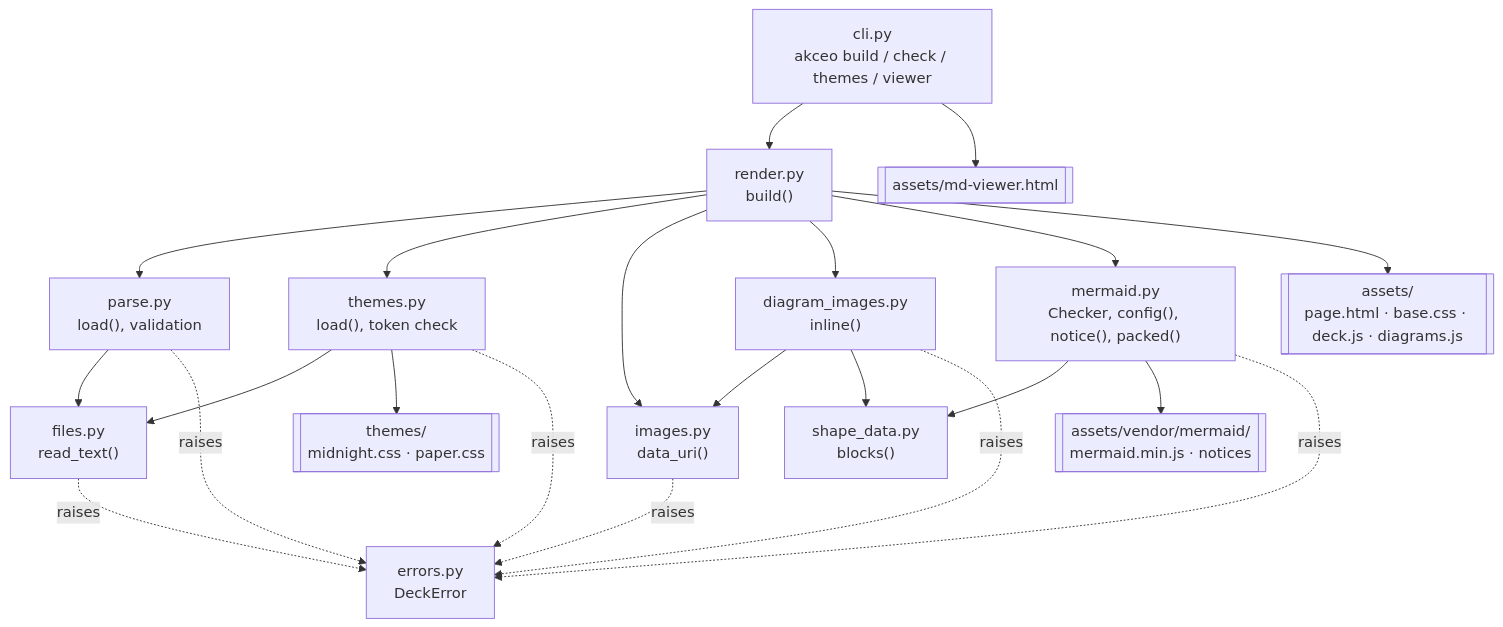
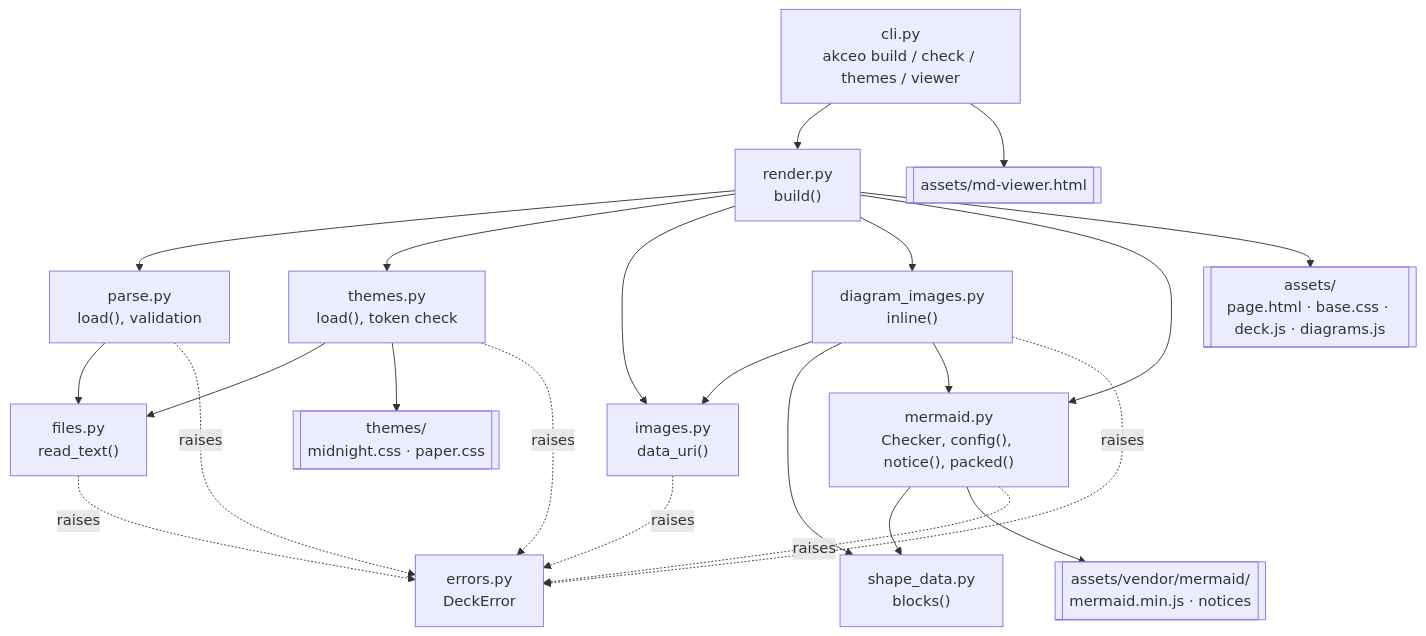
One commit to LunarCommand/akceo changed the fifth of 11 diagrams in docs/how-it-works.md. Above: the diagram before and after it, drawn with Mermaid. The commit also changed other lines of this file and 10 other files, not shown here.

First line of the commit message:
Take diagram images from Mermaid's own reading

````diff
--- a/docs/how-it-works.md
+++ b/docs/how-it-works.md
@@ -197,24 +197,25 @@
 ```mermaid
 flowchart TD
     cli["cli.py<br/>akceo build / check / themes / viewer"] --> render["render.py<br/>build()"]
     render --> parse["parse.py<br/>load(), validation"]
     parse --> files["files.py<br/>read_text()"]
     render --> themes["themes.py<br/>load(), token check"]
     themes --> files
     render --> images["images.py<br/>data_uri()"]
     render --> dimages["diagram_images.py<br/>inline()"]
     dimages --> images
     dimages --> shape["shape_data.py<br/>blocks()"]
     render --> mermaid["mermaid.py<br/>Checker, config(), notice(), packed()"]
+    dimages --> mermaid
     mermaid --> shape
     mermaid --> vendor[["assets/vendor/mermaid/<br/>mermaid.min.js · notices"]]
     render --> assets[["assets/<br/>page.html · base.css · deck.js · diagrams.js"]]
     themes --> builtin[["themes/<br/>midnight.css · paper.css"]]
     cli --> viewer[["assets/md-viewer.html"]]
     parse -.->|raises| err["errors.py<br/>DeckError"]
     themes -.->|raises| err
     images -.->|raises| err
     dimages -.->|raises| err
     mermaid -.->|raises| err
     files -.->|raises| err
 ```
````
